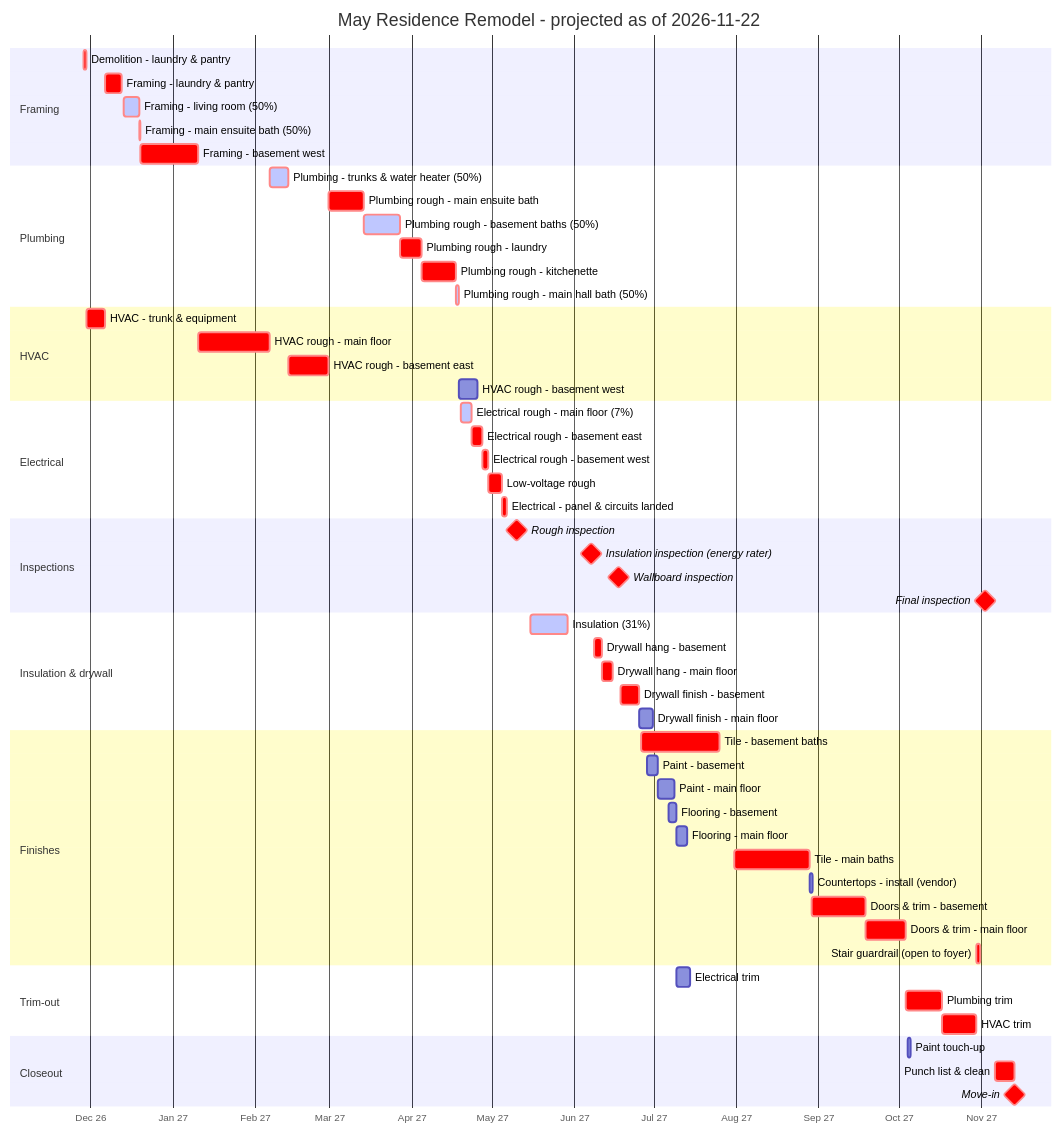
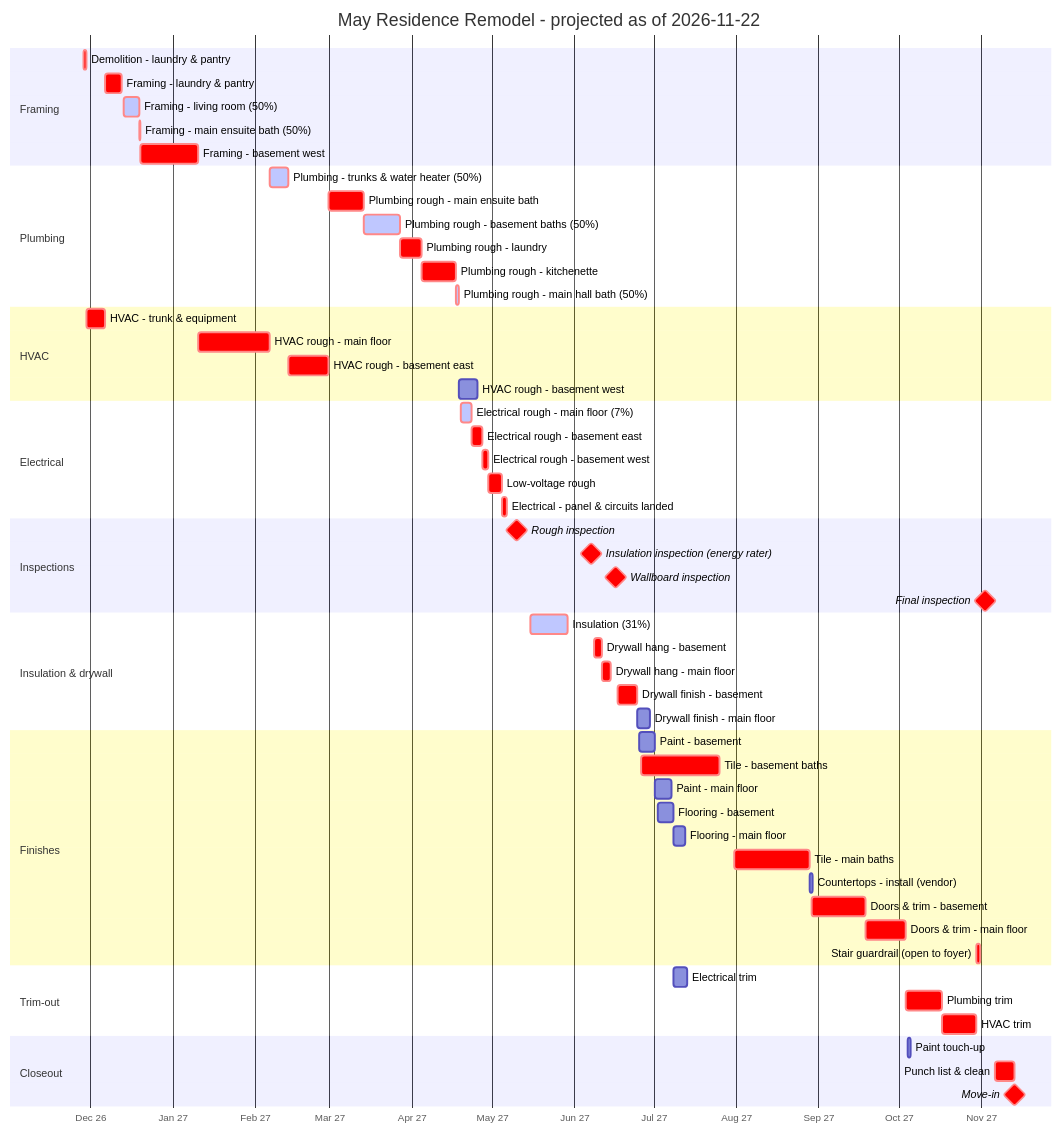
The diagram in SCHEDULE.md (jsharkey/billings), drawn with Mermaid before and after one commit. The commit also changed other lines of this file and 2 other files, not shown here.

First line of the commit message:
Split drywall into walls and ceilings; tag ceiling scope per room

````diff
--- a/SCHEDULE.md
+++ b/SCHEDULE.md
@@ -17,62 +17,62 @@
 ```mermaid
 gantt
     title May Residence Remodel - projected as of 2026-11-22
     dateFormat YYYY-MM-DD HH:mm
     axisFormat %b %y
     tickInterval 1month
     todayMarker off
     section Framing
     Demolition - laundry & pantry :crit, demo_main_laundry, 2026-11-28 08:00, 2026-11-29 10:00
     Framing - laundry & pantry :crit, fram_main_laundry, 2026-12-06 10:00, 2026-12-12 16:00
     Framing - living room (50%) :active, crit, fram_main_living, 2026-12-13 08:00, 2026-12-19 08:24
     Framing - main ensuite bath (50%) :active, crit, fram_main_s_bath, 2026-12-19 08:24, 2026-12-19 14:00
     Framing - basement west :crit, fram_bsmt_west, 2026-12-19 14:00, 2027-01-10 09:48
     section Plumbing
     Plumbing - trunks & water heater (50%) :active, crit, plum_house, 2027-02-06 13:48, 2027-02-13 09:48
     Plumbing rough - main ensuite bath :crit, plum_main_s_bath, 2027-02-28 09:48, 2027-03-13 15:48
     Plumbing rough - basement baths (50%) :active, crit, plum_bsmt_baths, 2027-03-13 15:48, 2027-03-27 13:48
     Plumbing rough - laundry :crit, plum_main_laundry, 2027-03-27 13:48, 2027-04-04 11:48
     Plumbing rough - kitchenette :crit, plum_bsmt_kitchenette, 2027-04-04 11:48, 2027-04-17 09:48
     Plumbing rough - main hall bath (50%) :active, crit, plum_main_n_bath, 2027-04-17 09:48, 2027-04-18 14:48
     section HVAC
     HVAC - trunk & equipment :crit, hvac_house, 2026-11-29 10:00, 2026-12-06 10:00
     HVAC rough - main floor :crit, hvac_main, 2027-01-10 09:48, 2027-02-06 13:48
     HVAC rough - basement east :crit, hvac_bsmt_east, 2027-02-13 09:48, 2027-02-28 09:48
     HVAC rough - basement west :hvac_bsmt_west, 2027-04-18 14:48, 2027-04-25 14:48
     section Electrical
     Electrical rough - main floor (7%) :active, crit, elec_main, 2027-04-19 08:00, 2027-04-23 08:24
     Electrical rough - basement east :crit, elec_bsmt_east, 2027-04-23 08:24, 2027-04-27 14:24
     Electrical rough - basement west :crit, elec_bsmt_west, 2027-04-27 14:24, 2027-04-29 13:12
     Low-voltage rough :crit, lowv_all, 2027-04-29 13:12, 2027-05-04 15:12
     Electrical - panel & circuits landed :crit, elec_panel, 2027-05-04 15:12, 2027-05-06 11:12
     section Inspections
     Rough inspection :milestone, crit, insp_rough, 2027-05-10 12:00, 0d
     Insulation inspection (energy rater) :milestone, crit, insp_insl, 2027-06-07 12:00, 0d
-    Wallboard inspection :milestone, crit, insp_board, 2027-06-17 12:00, 0d
+    Wallboard inspection :milestone, crit, insp_board, 2027-06-16 12:00, 0d
     Final inspection :milestone, crit, insp_final, 2027-11-02 12:00, 0d
     section Insulation & drywall
     Insulation (31%) :active, crit, insl_all, 2027-05-15 08:00, 2027-05-29 12:00
     Drywall hang - basement :crit, dryw_hang_bsmt, 2027-06-08 08:00, 2027-06-11 09:46
-    Drywall hang - main floor :crit, dryw_hang_main, 2027-06-11 09:46, 2027-06-15 08:02
-    Drywall finish - basement :crit, dryw_fin_bsmt, 2027-06-18 08:00, 2027-06-25 12:10
-    Drywall finish - main floor :dryw_fin_main, 2027-06-25 12:10, 2027-06-30 12:38
+    Drywall hang - main floor :crit, dryw_hang_main, 2027-06-11 09:46, 2027-06-14 13:10
+    Drywall finish - basement :crit, dryw_fin_bsmt, 2027-06-17 08:00, 2027-06-24 12:10
+    Drywall finish - main floor :dryw_fin_main, 2027-06-24 12:10, 2027-06-29 09:46
     section Finishes
+    Paint - basement :pant_bsmt, 2027-06-25 08:00, 2027-07-01 08:02
     Tile - basement baths :crit, tile_bsmt_baths, 2027-06-26 08:00, 2027-07-25 16:00
-    Paint - basement :pant_bsmt, 2027-06-28 08:00, 2027-07-02 08:02
-    Paint - main floor :pant_main, 2027-07-02 08:02, 2027-07-08 15:22
-    Flooring - basement :flor_bsmt, 2027-07-06 08:00, 2027-07-09 08:38
-    Flooring - main floor :flor_main, 2027-07-09 08:38, 2027-07-13 16:00
+    Paint - main floor :pant_main, 2027-07-01 08:02, 2027-07-07 15:22
+    Flooring - basement :flor_bsmt, 2027-07-02 08:00, 2027-07-08 08:38
+    Flooring - main floor :flor_main, 2027-07-08 08:38, 2027-07-12 16:00
     Tile - main baths :crit, tile_main_baths, 2027-07-31 08:00, 2027-08-28 16:00
     Countertops - install (vendor) :ctop_install, 2027-08-28 16:00, 2027-08-29 16:00
     Doors & trim - basement :crit, trim_bsmt, 2027-08-29 08:00, 2027-09-18 12:10
     Doors & trim - main floor :crit, trim_main, 2027-09-18 12:10, 2027-10-03 13:55
     Stair guardrail (open to foyer) :crit, rail_stair, 2027-10-30 09:55, 2027-10-31 13:55
     section Trim-out
-    Electrical trim :elec_trim, 2027-07-09 08:00, 2027-07-14 15:36
+    Electrical trim :elec_trim, 2027-07-08 08:00, 2027-07-13 15:36
     Plumbing trim :crit, plum_trim, 2027-10-03 13:55, 2027-10-17 09:55
     HVAC trim :crit, hvac_trim, 2027-10-17 09:55, 2027-10-30 09:55
     section Closeout
     Paint touch-up :pant_touchup, 2027-10-04 08:00, 2027-10-05 16:00
     Punch list & clean :crit, punch_clean, 2027-11-06 08:00, 2027-11-13 16:00
     Move-in :milestone, crit, mile_movein, 2027-11-13 16:00, 0d
 ```
````
